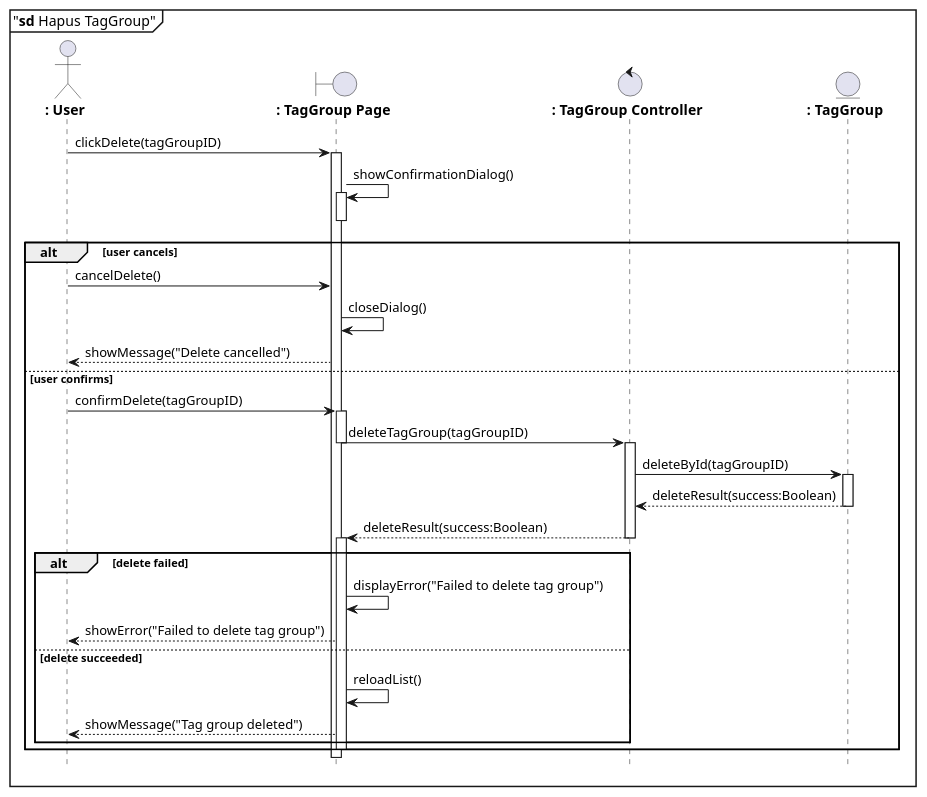
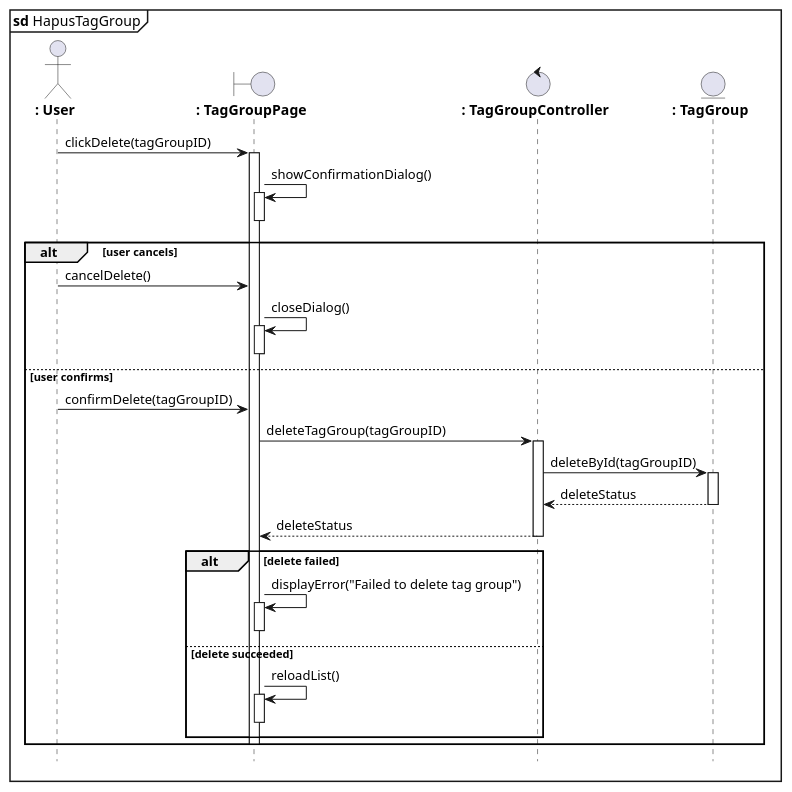
Before and after one commit to azrappp/learning_uml2.0_pmul: the diagram in hapus_grubtag.puml, drawn with PlantUML. The commit also changed 24 other files, not shown here.

```diff
--- a/hapus_grubtag.puml
+++ b/hapus_grubtag.puml
@@ -1,47 +1,47 @@
 @startuml
-mainframe "**sd** Hapus TagGroup"
+mainframe **sd** HapusTagGroup
 hide footbox
 
 actor "**: User**" as User
-boundary "**: TagGroup Page**" as TagGroupPage
-control "**: TagGroup Controller**" as TagGroupController
+boundary "**: TagGroupPage**" as TagGroupPage
+control "**: TagGroupController**" as TagGroupController
 entity  "**: TagGroup**" as TagGroupRepository
 
 User -> TagGroupPage : clickDelete(tagGroupID)
 activate TagGroupPage
 
 TagGroupPage -> TagGroupPage : showConfirmationDialog()
 activate TagGroupPage
 deactivate TagGroupPage
 
 alt user cancels
     User -> TagGroupPage : cancelDelete()
     TagGroupPage -> TagGroupPage : closeDialog()
-    TagGroupPage --> User : showMessage("Delete cancelled")
+    activate TagGroupPage
+    deactivate TagGroupPage
 else user confirms
     User -> TagGroupPage : confirmDelete(tagGroupID)
-    activate TagGroupPage
 
     TagGroupPage -> TagGroupController : deleteTagGroup(tagGroupID)
-    deactivate TagGroupPage
     activate TagGroupController
 
     TagGroupController -> TagGroupRepository : deleteById(tagGroupID)
     activate TagGroupRepository
-    TagGroupRepository --> TagGroupController : deleteResult(success:Boolean)
+    TagGroupRepository --> TagGroupController : deleteStatus
     deactivate TagGroupRepository
 
-    TagGroupController --> TagGroupPage : deleteResult(success:Boolean)
+    TagGroupController --> TagGroupPage : deleteStatus
     deactivate TagGroupController
-    activate TagGroupPage
 
     alt delete failed
         TagGroupPage -> TagGroupPage : displayError("Failed to delete tag group")
-        TagGroupPage --> User : showError("Failed to delete tag group")
+        activate TagGroupPage
+        deactivate TagGroupPage
     else delete succeeded
         TagGroupPage -> TagGroupPage : reloadList()
-        TagGroupPage --> User : showMessage("Tag group deleted")
+        activate TagGroupPage
+        deactivate TagGroupPage 
     end
     deactivate TagGroupPage
 end
 @enduml
```
